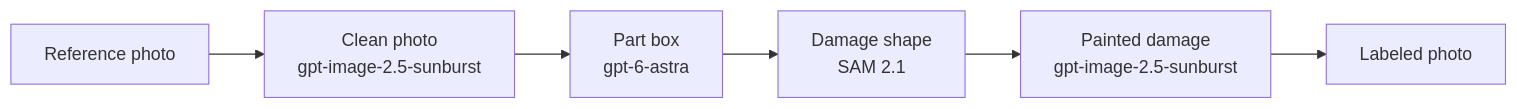
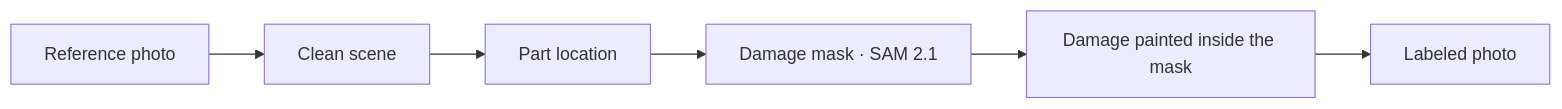
Before and after one commit to San-Di/Agentic_FDE: the diagram in README.md, drawn with Mermaid. The commit also changed other lines of this file, not shown here.

````diff
--- a/README.md
+++ b/README.md
@@ -10,8 +20,8 @@
 ```mermaid
 flowchart LR
-    A[Reference photo] --> B["Clean photo<br/>gpt-image-2.5-sunburst"]
-    B --> C["Part box<br/>gpt-6-astra"]
-    C --> D["Damage shape<br/>SAM 2.1"]
-    D --> E["Painted damage<br/>gpt-image-2.5-sunburst"]
+    A[Reference photo] --> B[Clean scene]
+    B --> C[Part location]
+    C --> D["Damage mask · SAM 2.1"]
+    D --> E[Damage painted inside the mask]
     E --> F[Labeled photo]
 ```
````
